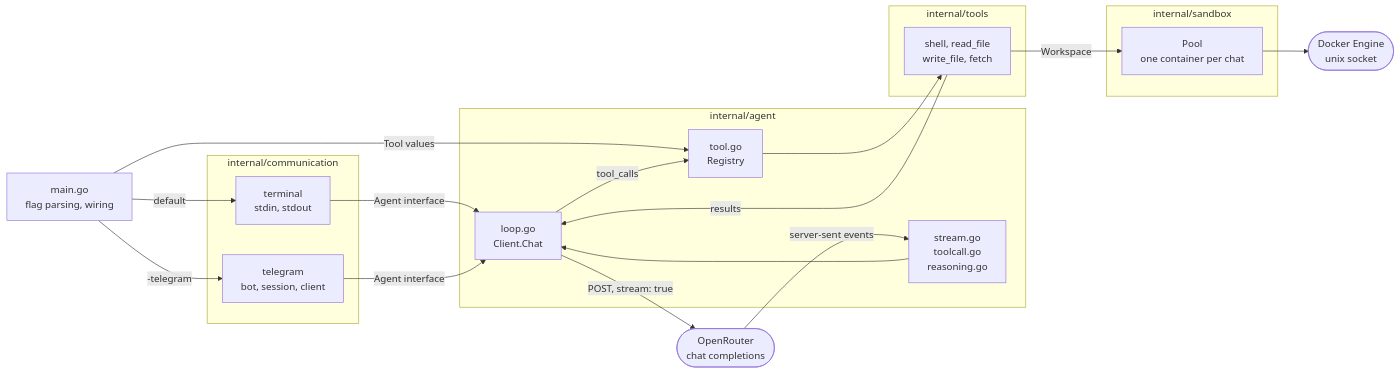
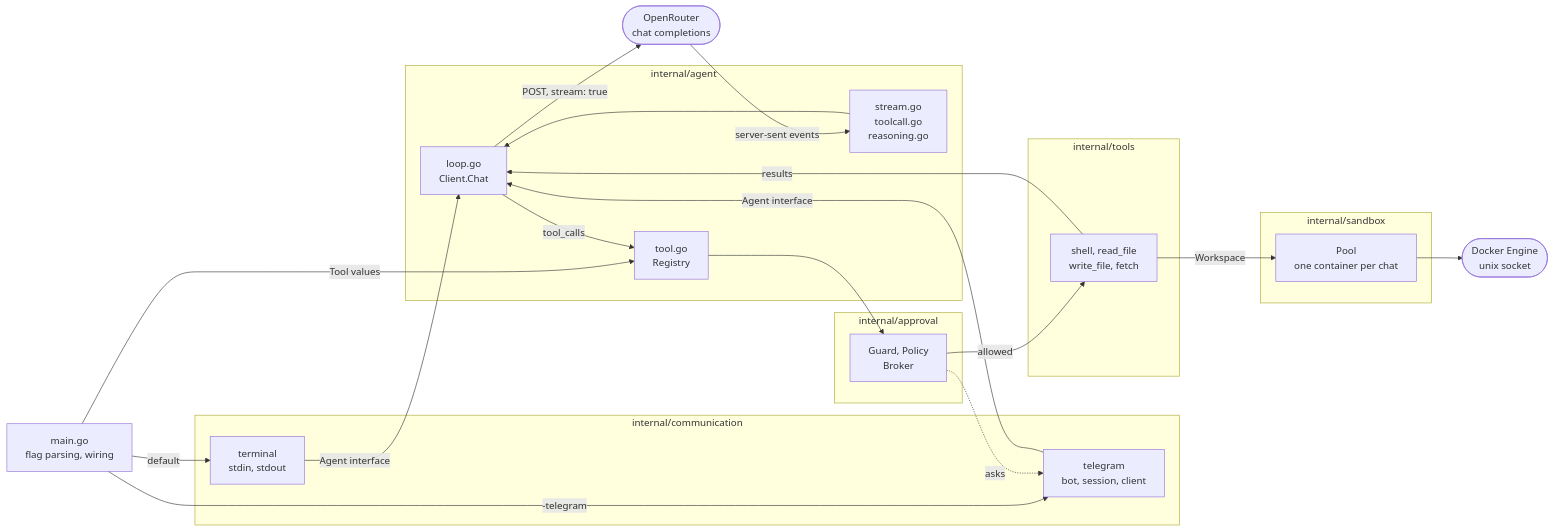
One commit to skryvets/my-agent changed the first of 2 diagrams in README.md. Above: the diagram before and after it, drawn with Mermaid. The commit also changed other lines of this file and 25 other files, not shown here.

````diff
--- a/README.md
+++ b/README.md
@@ -14,40 +15,46 @@
 ```mermaid
 flowchart LR
     main["main.go<br/>flag parsing, wiring"]
 
     subgraph comm ["internal/communication"]
         term["terminal<br/>stdin, stdout"]
         tg["telegram<br/>bot, session, client"]
     end
 
     subgraph core ["internal/agent"]
         chat["loop.go<br/>Client.Chat"]
         reg["tool.go<br/>Registry"]
         sse["stream.go<br/>toolcall.go<br/>reasoning.go"]
     end
 
     subgraph kit ["internal/tools"]
         sh["shell, read_file<br/>write_file, fetch"]
     end
 
+    subgraph gate ["internal/approval"]
+        guard["Guard, Policy<br/>Broker"]
+    end
+
     subgraph box ["internal/sandbox"]
         pool["Pool<br/>one container per chat"]
     end
 
     api(["OpenRouter<br/>chat completions"])
     dock(["Docker Engine<br/>unix socket"])
 
     main -->|default| term
     main -->|"-telegram"| tg
     main -->|Tool values| reg
     term -->|Agent interface| chat
     tg -->|Agent interface| chat
     chat -->|"POST, stream: true"| api
     api -->|server-sent events| sse
     sse --> chat
     chat -->|tool_calls| reg
-    reg --> sh
+    reg --> guard
+    guard -->|allowed| sh
+    guard -.->|"asks"| tg
     sh -->|Workspace| pool
     pool --> dock
     sh -->|results| chat
 ```
````
